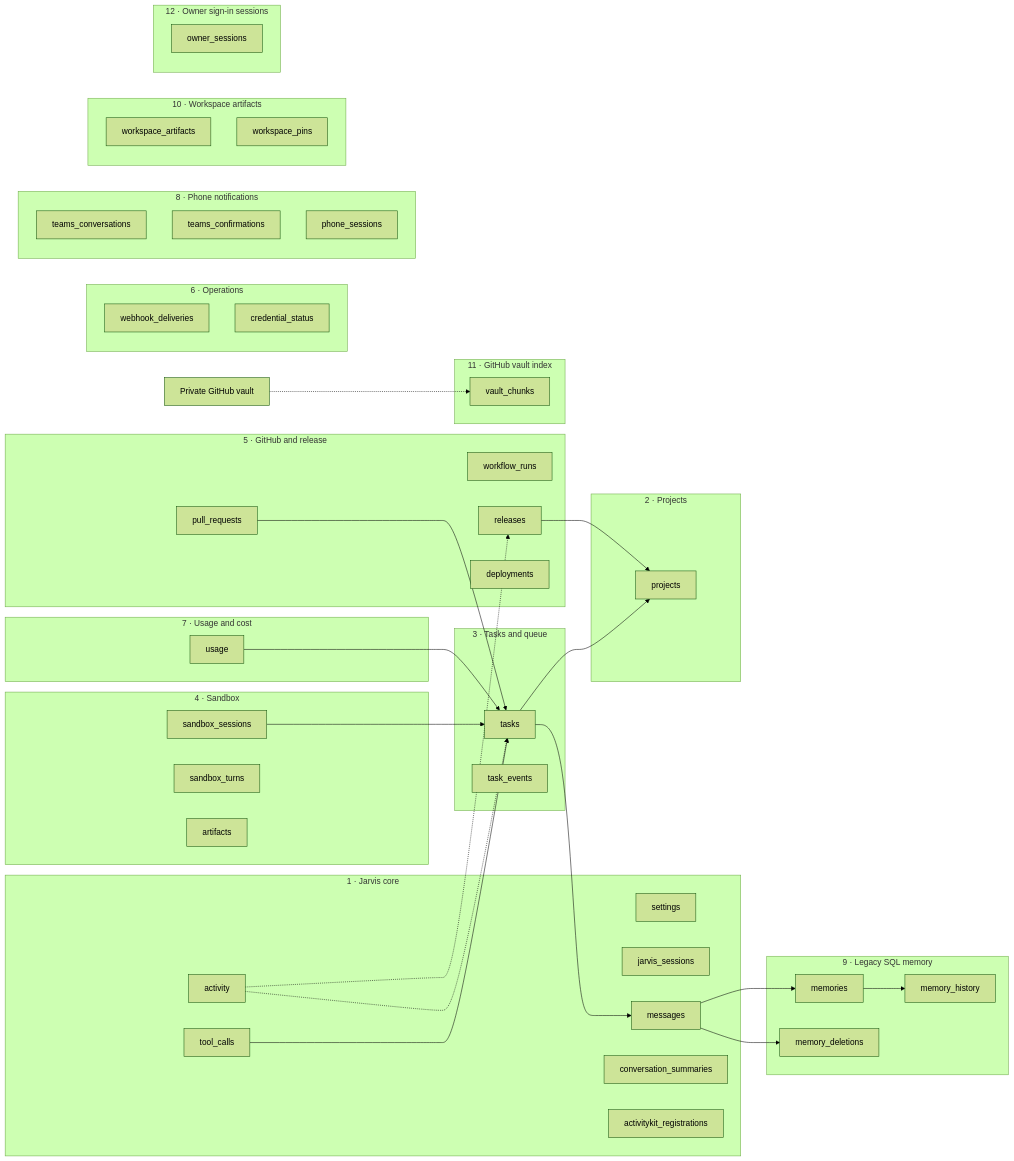
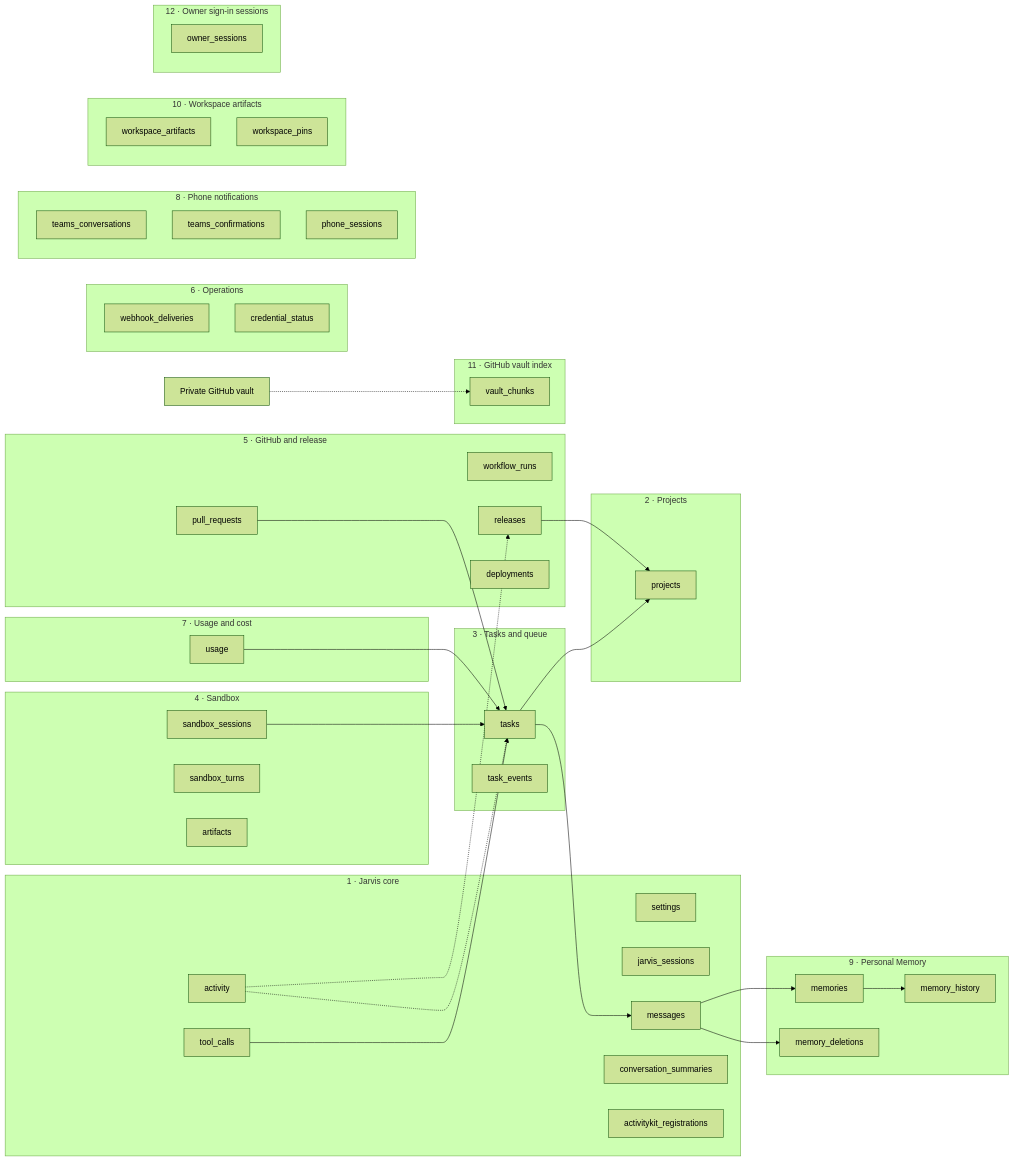
One commit to DanAakesen/jarvis changed the first of 9 diagrams in docs/data-model.md. Above: the diagram before and after it, drawn with Mermaid (forest theme). The commit also changed other lines of this file and 41 other files, not shown here.

First line of the commit message:
fix-main: Restore personal Memory without Vault mixing (#1983)

````diff
--- a/docs/data-model.md
+++ b/docs/data-model.md
@@ -160,70 +160,70 @@
 ```mermaid
 flowchart LR
     subgraph CORE["1 · Jarvis core"]
         settings
         jarvis_sessions
         messages
         tool_calls
         activity
         conversation_summaries
         activitykit_registrations
     end
     subgraph PROJ["2 · Projects"]
         projects
     end
     subgraph TASK["3 · Tasks and queue"]
         tasks
         task_events
     end
     subgraph SANDBOX["4 · Sandbox"]
         sandbox_sessions
         sandbox_turns
         artifacts
     end
     subgraph REL["5 · GitHub and release"]
         pull_requests
         workflow_runs
         releases
         deployments
     end
     subgraph USE["7 · Usage and cost"]
         usage
     end
-    subgraph MEMORY["9 · Legacy SQL memory"]
+    subgraph MEMORY["9 · Personal Memory"]
         memories
         memory_history
         memory_deletions
     end
     subgraph VAULT["11 · GitHub vault index"]
         vault_chunks
     end
     vault_repo["Private GitHub vault"] -.-> vault_chunks
     subgraph OPS["6 · Operations"]
         webhook_deliveries
         credential_status
     end
     subgraph PHONE["8 · Phone notifications"]
         teams_conversations
         teams_confirmations
         phone_sessions
     end
     subgraph WORKSPACE["10 · Workspace artifacts"]
         workspace_artifacts
         workspace_pins
     end
     subgraph OWNERSESSION["12 · Owner sign-in sessions"]
         owner_sessions
     end
     tool_calls --> tasks
     tasks --> projects
     sandbox_sessions --> tasks
     pull_requests --> tasks
     releases --> projects
     activity -.-> tasks
     activity -.-> releases
     usage --> tasks
     tasks --> messages
     messages --> memories
     memories --> memory_history
     messages --> memory_deletions
 ```
````
